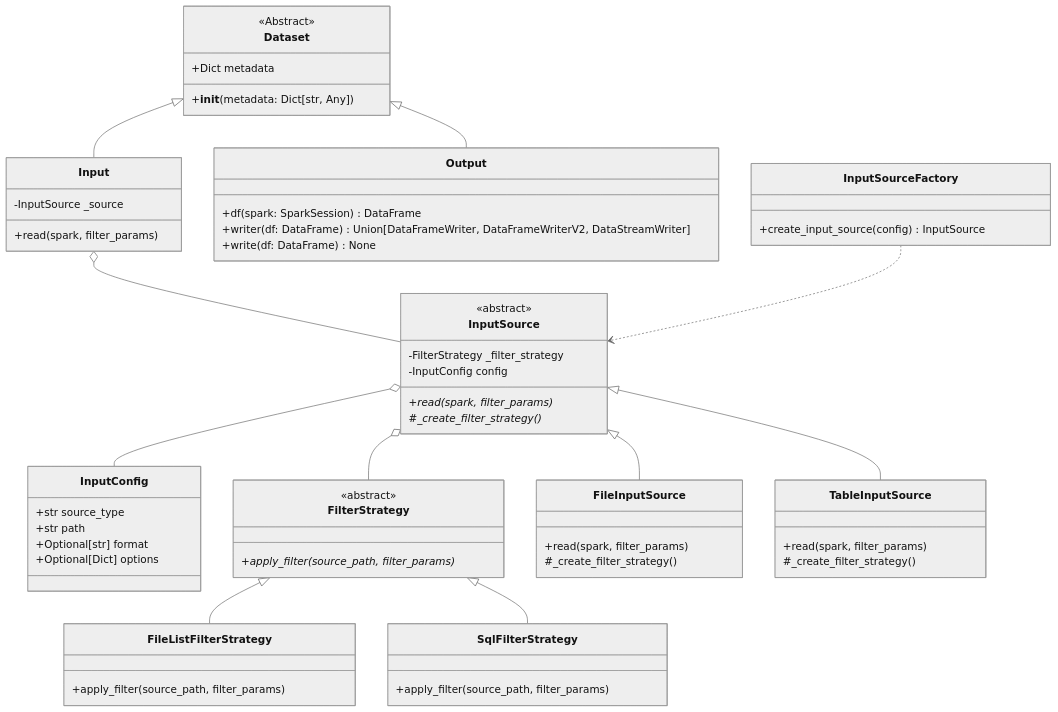
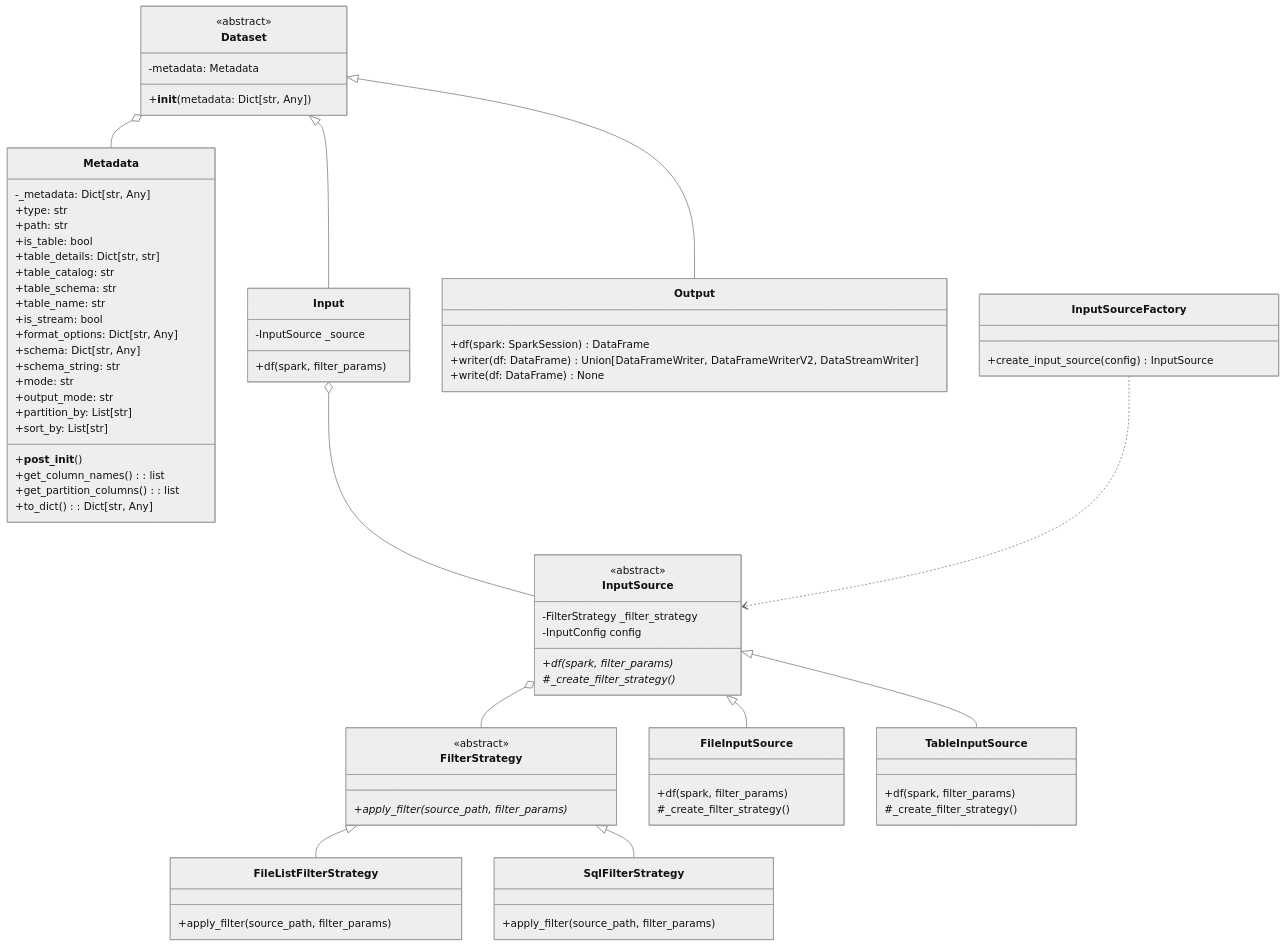
Before and after one commit to zeta-co/dtb: the diagram in docs/io/classes.mermaid, drawn with Mermaid (neutral theme). The commit also changed other lines of this file and 19 other files, not shown here.

```diff
--- a/docs/io/classes.mermaid
+++ b/docs/io/classes.mermaid
@@ -1,71 +1,87 @@
 classDiagram
 
     class Dataset {
-        <<Abstract>>
-        +Dict metadata
+        <<abstract>>
+        -metadata: Metadata
         +__init__(metadata: Dict[str, Any])
+    }
+
+    class Metadata {
+        -_metadata: Dict[str, Any]
+        +__post_init__()
+        +type: str
+        +path: str
+        +is_table: bool
+        +table_details: Dict[str, str]
+        +table_catalog: str
+        +table_schema: str
+        +table_name: str
+        +is_stream: bool
+        +format_options: Dict[str, Any]
+        +schema: Dict[str, Any]
+        +schema_string: str
+        +mode: str
+        +output_mode: str
+        +partition_by: List[str]
+        +sort_by: List[str]
+        +get_column_names(): list
+        +get_partition_columns(): list
+        +to_dict(): Dict[str, Any]
     }
 
     class Input {
         -InputSource _source
-        +read(spark, filter_params)
+        +df(spark, filter_params)
     }
 
     class Output {
         +df(spark: SparkSession) DataFrame
         +writer(df: DataFrame) Union[DataFrameWriter, DataFrameWriterV2, DataStreamWriter]
         +write(df: DataFrame) None
-    }
-
-    class InputConfig {
-        +str source_type
-        +str path
-        +Optional[str] format
-        +Optional[Dict] options
     }
 
     class FilterStrategy {
         <<abstract>>
         +apply_filter(source_path, filter_params)*
     }
 
     class FileListFilterStrategy {
         +apply_filter(source_path, filter_params)
     }
 
     class SqlFilterStrategy {
         +apply_filter(source_path, filter_params)
     }
 
     class InputSourceFactory {
         +create_input_source(config) InputSource
     }
 
     class InputSource {
         <<abstract>>
         -FilterStrategy _filter_strategy
         -InputConfig config
-        +read(spark, filter_params)*
+        +df(spark, filter_params)*
         #_create_filter_strategy()*
     }
 
     class FileInputSource {
-        +read(spark, filter_params)
+        +df(spark, filter_params)
         #_create_filter_strategy()
     }
 
     class TableInputSource {
-        +read(spark, filter_params)
+        +df(spark, filter_params)
         #_create_filter_strategy()
     }
 
+    Dataset o-- Metadata
     Dataset <|-- Input
     Dataset <|-- Output
     FilterStrategy <|-- FileListFilterStrategy
     FilterStrategy <|-- SqlFilterStrategy
     InputSource <|-- FileInputSource
     InputSource <|-- TableInputSource
     InputSource o-- FilterStrategy
     Input o-- InputSource
     InputSourceFactory ..> InputSource
-    InputSource o-- InputConfig
```
